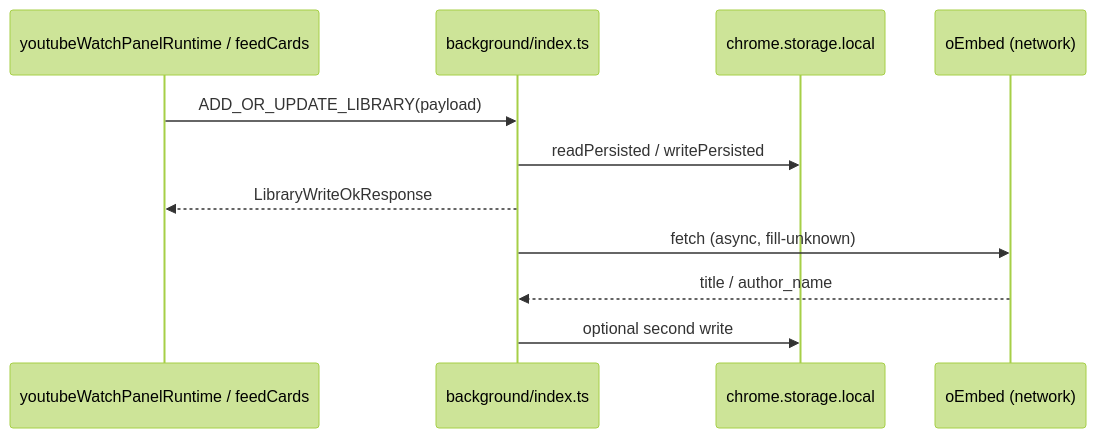
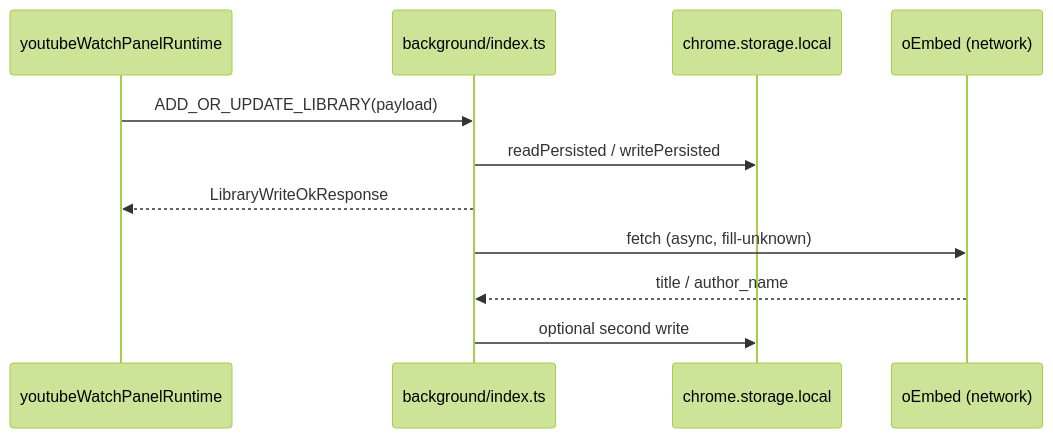
The fourth of 4 diagrams in ExplaneMe.md (thepoppfish/JustPractice), drawn with Mermaid (forest theme) before and after one commit. The commit also changed other lines of this file and 73 other files, not shown here.

````diff
--- a/ExplaneMe.md
+++ b/ExplaneMe.md
@@ -397,14 +409,14 @@
 ```mermaid
 sequenceDiagram
-  participant RT as youtubeWatchPanelRuntime / feedCards
+  participant RT as youtubeWatchPanelRuntime
   participant BG as background/index.ts
   participant ST as chrome.storage.local
   participant OE as oEmbed (network)
 
   RT->>BG: ADD_OR_UPDATE_LIBRARY(payload)
   BG->>ST: readPersisted / writePersisted
   BG-->>RT: LibraryWriteOkResponse
   BG->>OE: fetch (async, fill-unknown)
   OE-->>BG: title / author_name
   BG->>ST: optional second write
 ```
````
